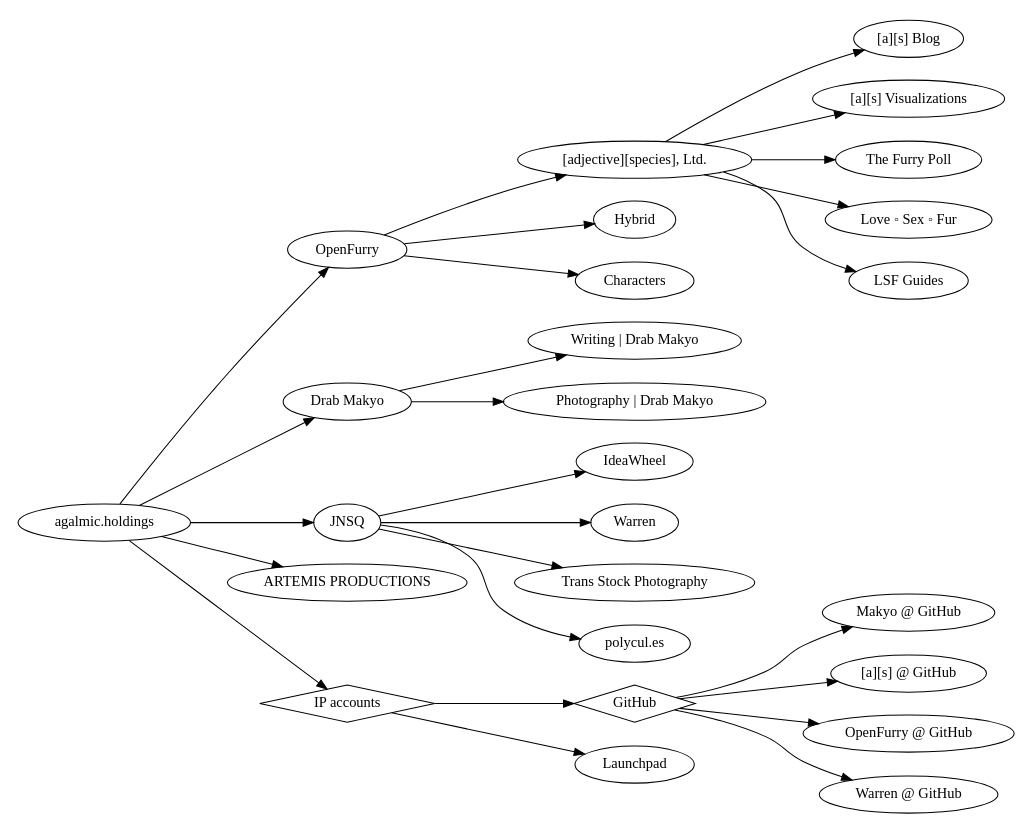
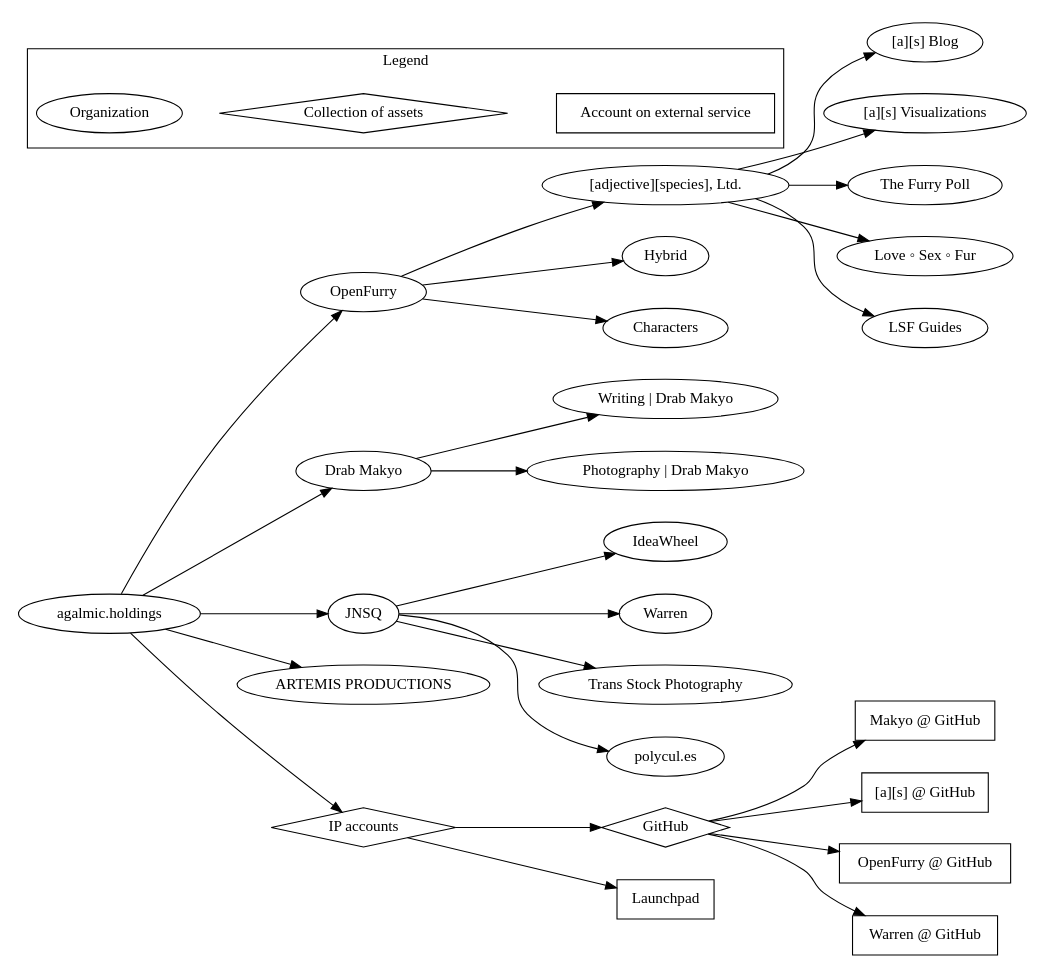
Before and after one commit to makyo/agalmic.holdings: the diagram in assets.dot, drawn with Graphviz. The commit also changed 3 other files, not shown here.

```diff
--- a/assets.dot
+++ b/assets.dot
@@ -1,81 +1,96 @@
 digraph agalmic_holdings {
-	graph [rankdir="LR" size="7.5,6" ratio="fill"]
+	graph [rankdir="LR" size="7.5,7" ratio="fill"]
 	node [fontname="Antykwa Torunska"]
 
 	"agalmic.holdings" [URL="http://agalmic.holdings"]
 
 	"OpenFurry" [URL="http://openfurry.org"]
 	"agalmic.holdings" -> "OpenFurry"
 
 		as [URL="http://adjectivespecies.com" label="[adjective][species], Ltd."]
 		"OpenFurry" -> as
 
 			"[a][s] Blog" [URL="http://adjectivespecies.com"]
 			as -> "[a][s] Blog"
 
 			"[a][s] Visualizations" [URL="http://vis.adjectivespecies.com"]
 			as -> "[a][s] Visualizations"
 
 			"The Furry Poll" [URL="https://furrypoll.com"]
 			as -> "The Furry Poll"
 
 			"Love ◦ Sex ◦ Fur" [URL="http://lovesexfur.com"]
 			as -> "Love ◦ Sex ◦ Fur"
 
 			"LSF Guides" [URL="http://guides.lovesexfur.com"]
 			as -> "LSF Guides"
 
 		"Hybrid" [URL="http://hybrid.ink"]
 		"OpenFurry" -> "Hybrid"
 
 		"Characters" [URL="http://characters.openfurry.org"]
 		"OpenFurry" -> "Characters"
 
 	"Drab Makyo" [URL="http://drab-makyo.com"]
 	"agalmic.holdings" -> "Drab Makyo"
 
 		"Writing | Drab Makyo" [URL="http://writing.drab-makyo.com"]
 		"Drab Makyo" -> "Writing | Drab Makyo"
 
 		"Photography | Drab Makyo" [URL="http://makyo.photography"]
 		"Drab Makyo" -> "Photography | Drab Makyo"
 
 	"JNSQ" [URL="http://jnsq.us"]
 	"agalmic.holdings" -> "JNSQ"
 
 		"IdeaWheel" [URL="http://ideas.jnsq.us"]
 		"JNSQ" -> "IdeaWheel"
 
 		"Warren" [URL="https://warren.community"]
 		"JNSQ" -> "Warren"
 
 		"Trans Stock Photography" [URL="http://transstock.photography"]
 		"JNSQ" -> "Trans Stock Photography"
 
 		"polycul.es" [URL="http://polycul.es"]
 		"JNSQ" -> "polycul.es"
 
 	"ARTEMIS PRODUCTIONS" [URL="http://artemis.productions"]
 	"agalmic.holdings" -> "ARTEMIS PRODUCTIONS"
 
 	"IP accounts" [shape="diamond"]
 	"agalmic.holdings" -> "IP accounts"
 
 		"GitHub" [shape="diamond"]
 		"IP accounts" -> "GitHub"
 
-			"Makyo @ GitHub" [URL="https://github.com/makyo"]
+			"Makyo @ GitHub" [URL="https://github.com/makyo" shape="rect"]
 			"GitHub" -> "Makyo @ GitHub"
 
-			"[a][s] @ GitHub" [URL="https://github.com/adjspecies"]
+			"[a][s] @ GitHub" [URL="https://github.com/adjspecies" shape="rect"]
 			"GitHub" -> "[a][s] @ GitHub"
 
-			"OpenFurry @ GitHub" [URL="https://github.com/openfurry"]
+			"OpenFurry @ GitHub" [URL="https://github.com/openfurry" shape="rect"]
 			"GitHub" -> "OpenFurry @ GitHub"
 
-			"Warren @ GitHub" [URL="https://github.com/warren-community"]
+			"Warren @ GitHub" [URL="https://github.com/warren-community" shape="rect"]
 			"GitHub" -> "Warren @ GitHub"
 
-		"Launchpad" [URL="https://launchpad.net/~makyo"]
+		"Launchpad" [URL="https://launchpad.net/~makyo" shape="rect"]
 		"IP accounts" -> "Launchpad"
+
+	subgraph cluster {
+		label = "Legend"
+		ranksep = ".1"
+		rankdir = "LR"
+		edge [style="invis"]
+
+		"Organization"
+
+		"Collection of assets" [shape="diamond"]
+
+		"Account on external service" [shape="rect"]
+
+		"Organization" -> "Collection of assets" -> "Account on external service"
+	}
 }
```
